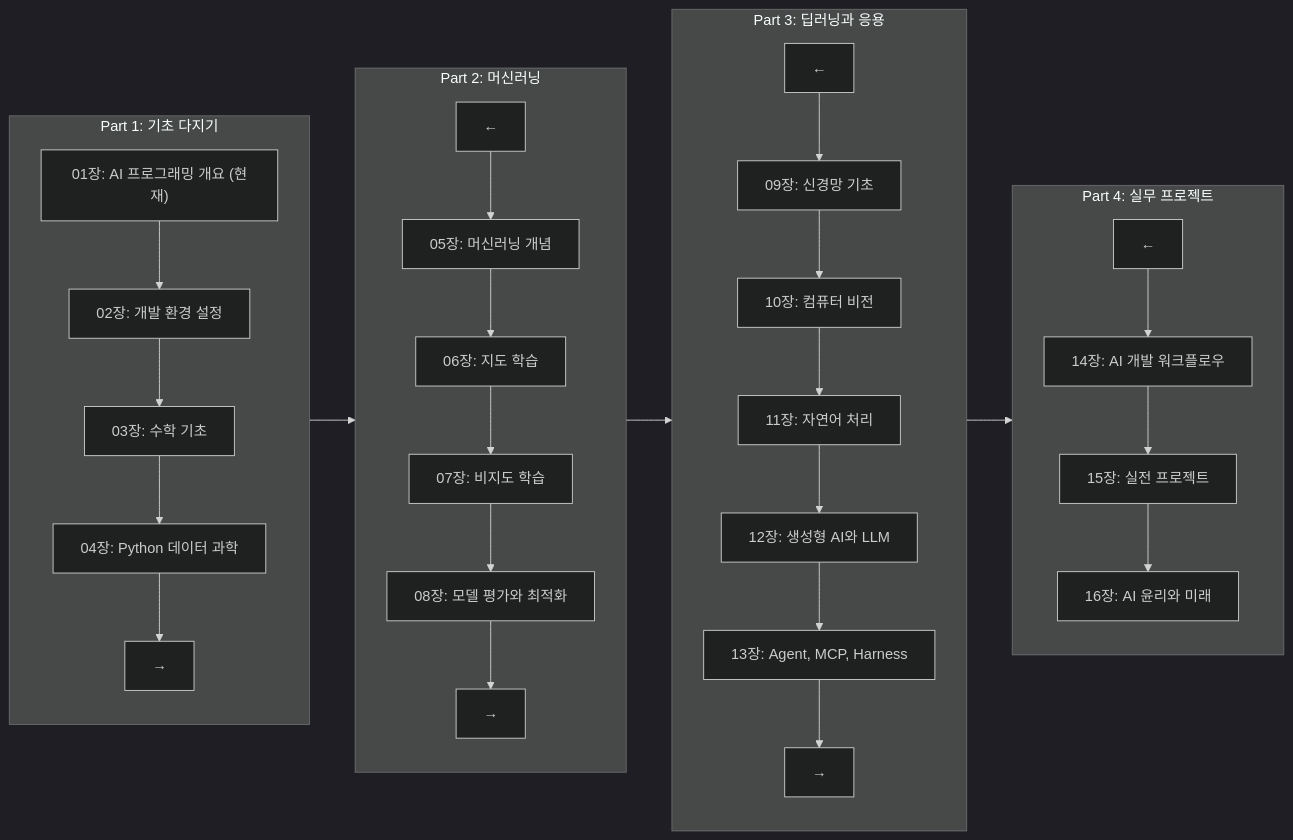
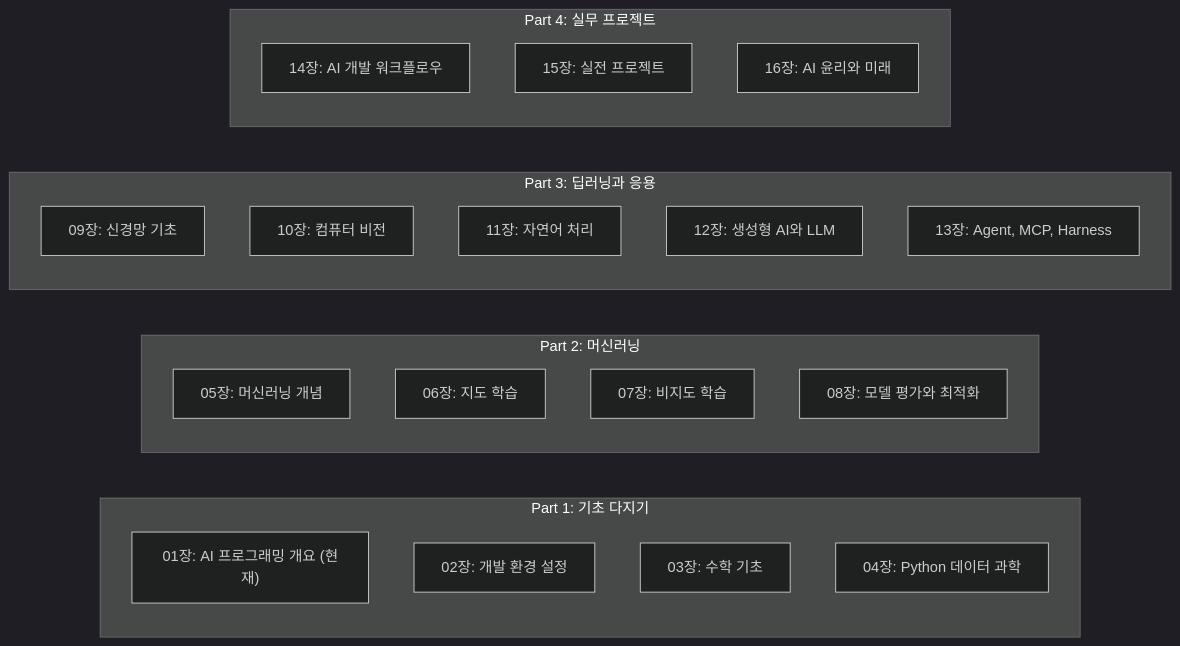
Before and after one commit to jingu279/Document: the tenth of 10 diagrams in ai-programming/01_서론/01_AI란.md, drawn with Mermaid (dark theme). The commit also changed 1 other file, not shown here.

Commit message:
로드맵에서 모든 화살표와 브릿지 노드 제거
- →/← 브릿지 노드 제거 (독자 혼란 유발)
- Part 내 장 간 화살표 제거 (→는 순서 의미 없음)
- Part 간 연결선 제거 (LR 레이아웃이 순서를 표시)
- README + Ch1 로드맵 동시 수정

````diff
--- a/ai-programming/01_서론/01_AI란.md
+++ b/ai-programming/01_서론/01_AI란.md
@@ -336,47 +336,34 @@
 ```mermaid
 flowchart LR
-  P1_Out["→"]
-  P2_In["←"]
-  P2_Out["→"]
-  P3_In["←"]
-  P3_Out["→"]
-  P4_In["←"]
-
   subgraph Part1[Part 1: 기초 다지기]
     direction TB
-    C1["01장: AI 프로그래밍 개요 (현재)"] --> C2["02장: 개발 환경 설정"]
-    C2 --> C3["03장: 수학 기초"]
-    C3 --> C4["04장: Python 데이터 과학"]
-    C4 --> P1_Out
+    C1["01장: AI 프로그래밍 개요 (현재)"]
+    C2["02장: 개발 환경 설정"]
+    C3["03장: 수학 기초"]
+    C4["04장: Python 데이터 과학"]
   end
 
   subgraph Part2[Part 2: 머신러닝]
     direction TB
-    P2_In --> C5["05장: 머신러닝 개념"]
-    C5 --> C6["06장: 지도 학습"]
-    C6 --> C7["07장: 비지도 학습"]
-    C7 --> C8["08장: 모델 평가와 최적화"]
-    C8 --> P2_Out
+    C5["05장: 머신러닝 개념"]
+    C6["06장: 지도 학습"]
+    C7["07장: 비지도 학습"]
+    C8["08장: 모델 평가와 최적화"]
   end
 
   subgraph Part3[Part 3: 딥러닝과 응용]
     direction TB
-    P3_In --> C9["09장: 신경망 기초"]
-    C9 --> C10["10장: 컴퓨터 비전"]
-    C10 --> C11["11장: 자연어 처리"]
-    C11 --> C12["12장: 생성형 AI와 LLM"]
-    C12 --> C13["13장: Agent, MCP, Harness"]
-    C13 --> P3_Out
+    C9["09장: 신경망 기초"]
+    C10["10장: 컴퓨터 비전"]
+    C11["11장: 자연어 처리"]
+    C12["12장: 생성형 AI와 LLM"]
+    C13["13장: Agent, MCP, Harness"]
   end
 
   subgraph Part4[Part 4: 실무 프로젝트]
     direction TB
-    P4_In --> C14["14장: AI 개발 워크플로우"]
-    C14 --> C15["15장: 실전 프로젝트"]
-    C15 --> C16["16장: AI 윤리와 미래"]
+    C14["14장: AI 개발 워크플로우"]
+    C15["15장: 실전 프로젝트"]
+    C16["16장: AI 윤리와 미래"]
   end
-
-  P1_Out --> P2_In
-  P2_Out --> P3_In
-  P3_Out --> P4_In
 ```
````
